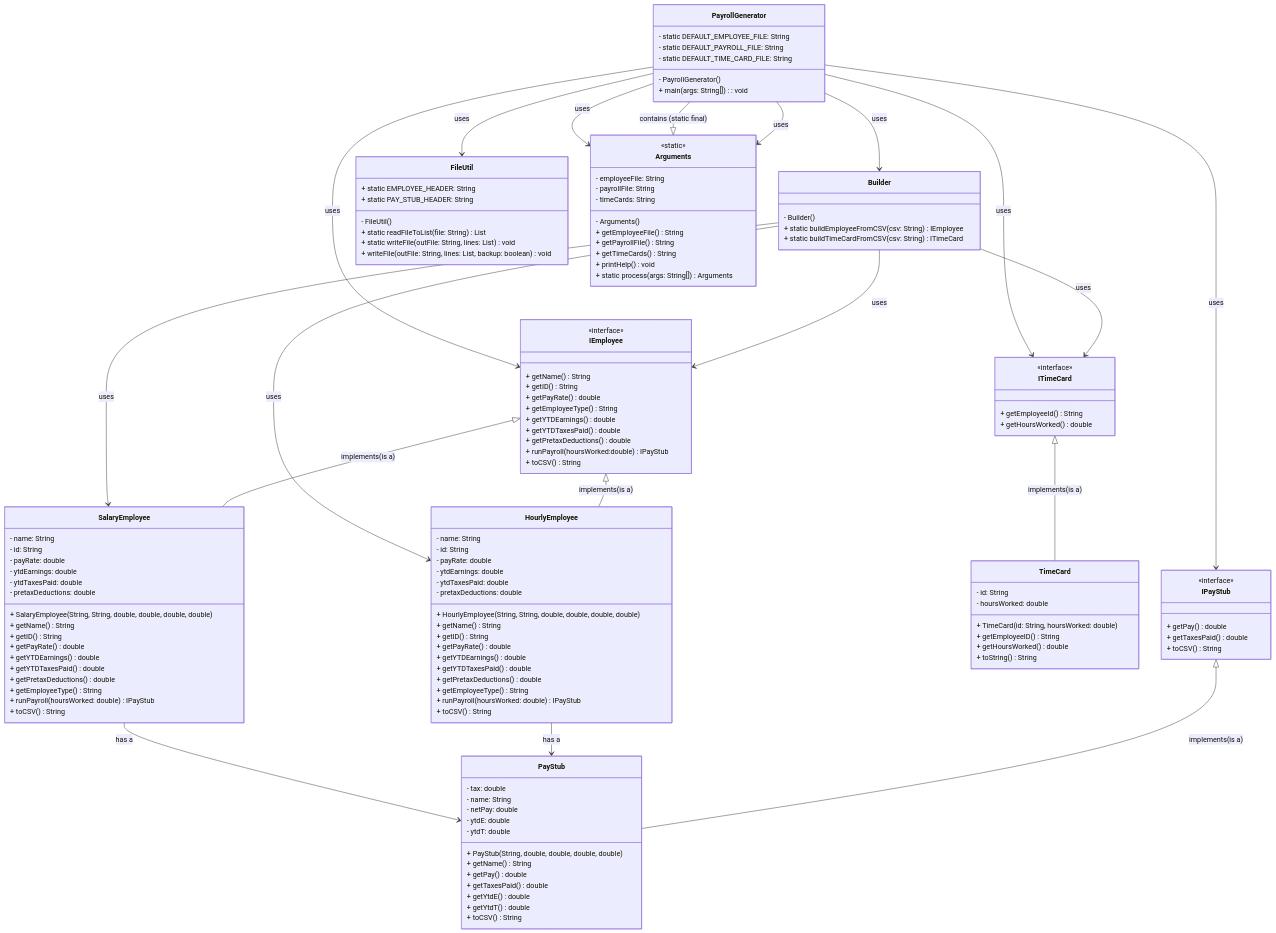
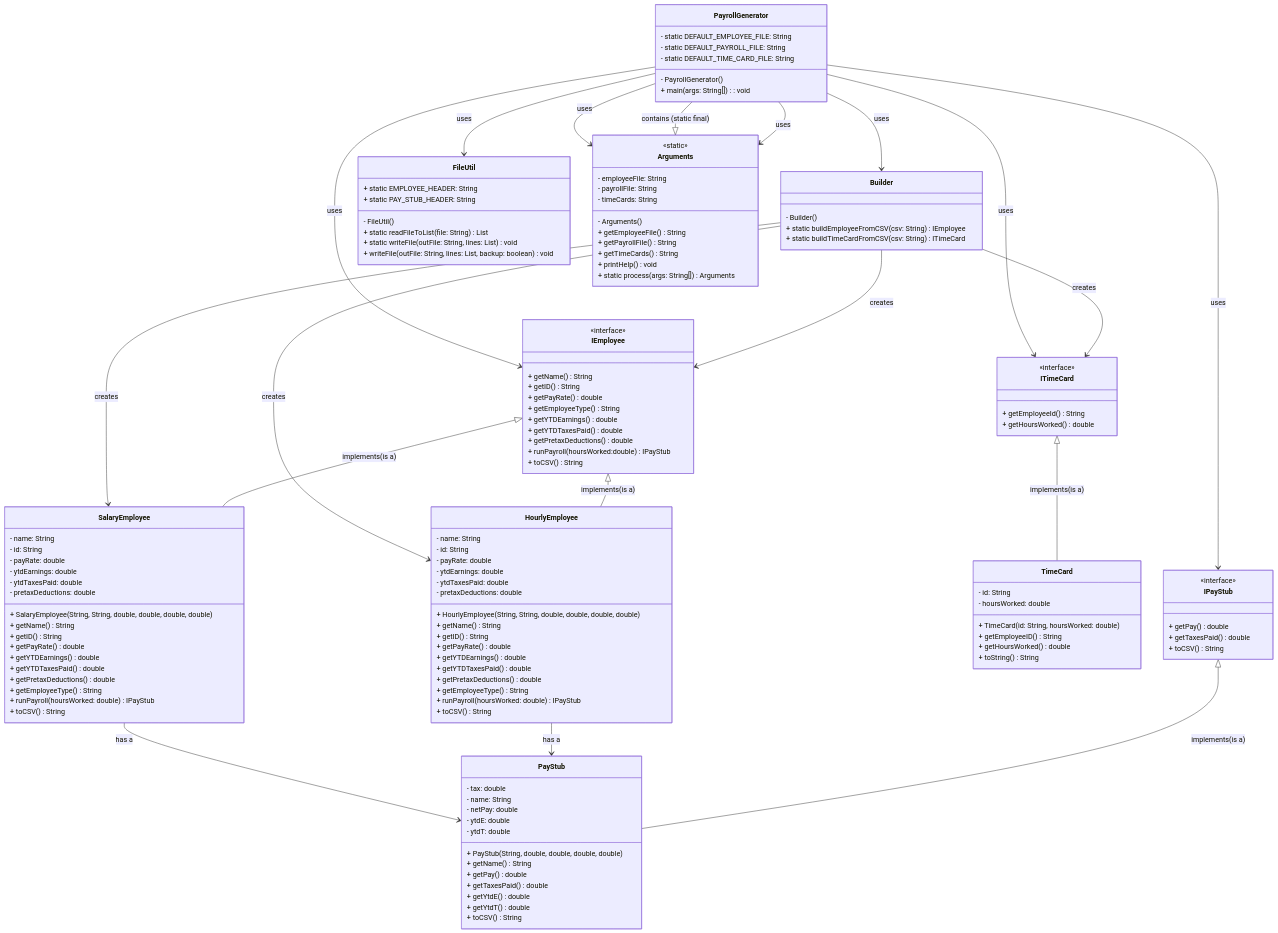
One commit to 5004-SEA-Fa24-Geeng/payroll-gen-jiaming2li changed the second of 2 diagrams in DesignDocument.md. Above: the diagram before and after it, drawn with Mermaid. The commit also changed 3 other files, not shown here.

```diff
--- a/DesignDocument.md
+++ b/DesignDocument.md
@@ -213,10 +213,10 @@
     HourlyEmployee --> PayStub: has a
     SalaryEmployee --> PayStub: has a
 
-    Builder --> ITimeCard:uses
-    Builder --> IEmployee:uses
-    Builder --> SalaryEmployee:uses
-    Builder --> HourlyEmployee:uses
+    Builder --> ITimeCard:creates
+    Builder --> IEmployee:creates
+    Builder --> SalaryEmployee:creates
+    Builder --> HourlyEmployee:creates
 
     PayrollGenerator --> Builder:uses
     PayrollGenerator --> FileUtil:uses
```
